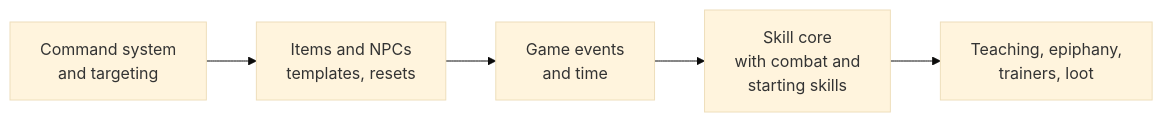
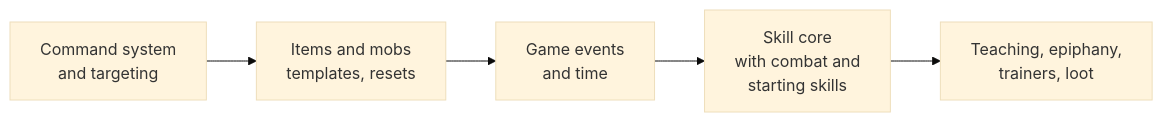
One commit to Aaqibhafeezkhan/riftward changed the diagram in docs/README.md. Above: the diagram before and after it, drawn with Mermaid (base theme). The commit also changed other lines of this file and 7 other files, not shown here.

````diff
--- a/docs/README.md
+++ b/docs/README.md
@@ -45,7 +48,7 @@
 ```mermaid
 flowchart LR
-    A[Command system<br/>and targeting] --> B[Items and NPCs<br/>templates, resets]
+    A[Command system<br/>and targeting] --> B[Items and mobs<br/>templates, resets]
     B --> C[Game events<br/>and time]
     C --> S[Skill core<br/>with combat and<br/>starting skills]
     S --> T[Teaching, epiphany,<br/>trainers, loot]
 ```
````
